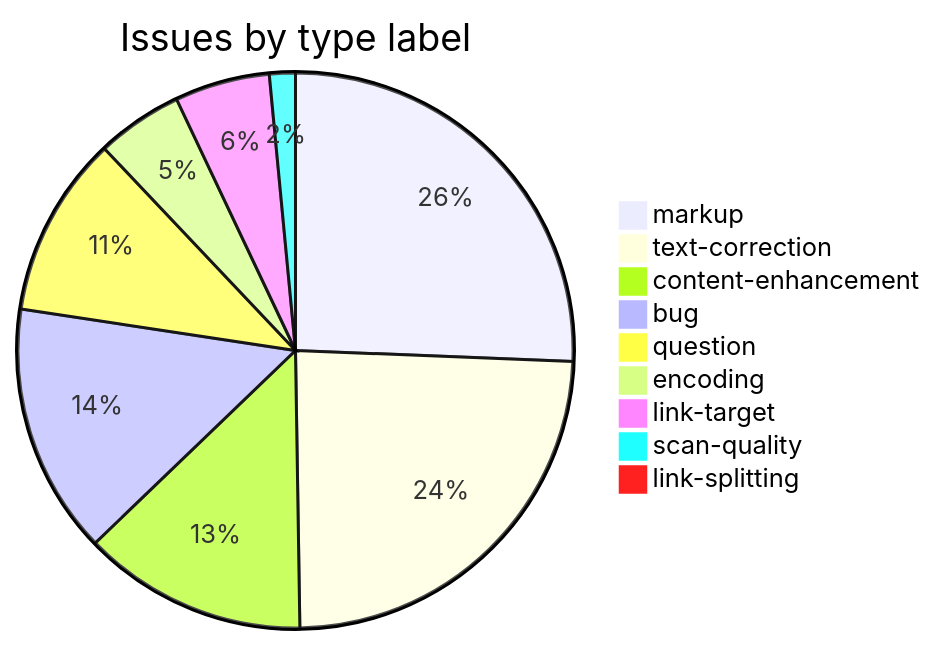
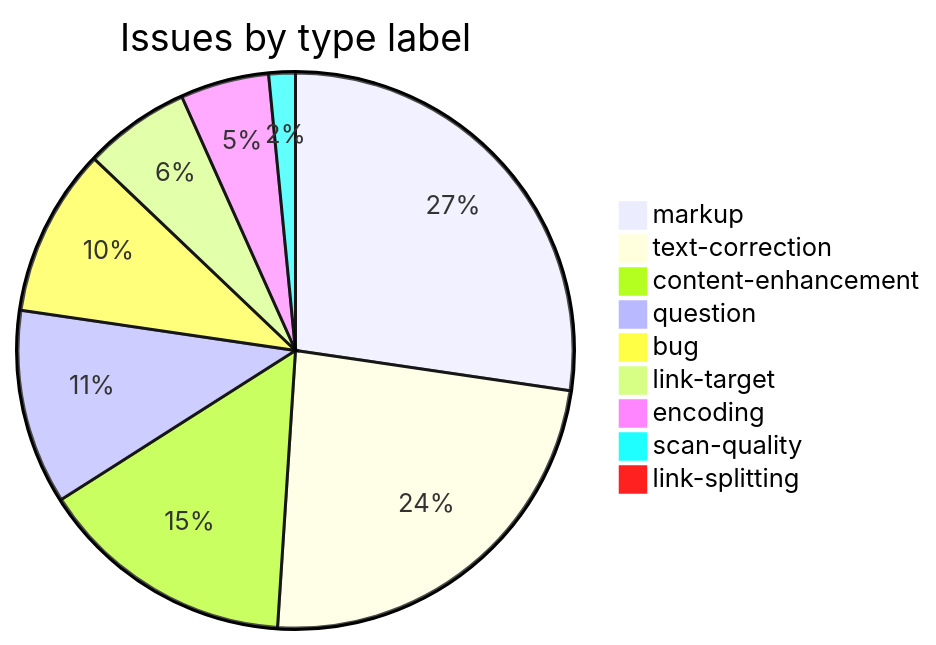
One commit to sanskrit-lexicon/MWS changed the third of 3 diagrams in README.md. Above: the diagram before and after it, drawn with Mermaid. The commit also changed other lines of this file, not shown here.

````diff
--- a/README.md
+++ b/README.md
@@ -108,12 +99,12 @@
 ```mermaid
 pie title Issues by type label
-    "markup" : 51
-    "text-correction" : 48
-    "content-enhancement" : 26
-    "bug" : 29
-    "question" : 21
+    "markup" : 53
+    "text-correction" : 46
+    "content-enhancement" : 29
+    "question" : 22
+    "bug" : 19
+    "link-target" : 12
     "encoding" : 10
-    "link-target" : 11
     "scan-quality" : 3
     "link-splitting" : 1
 ```
````
